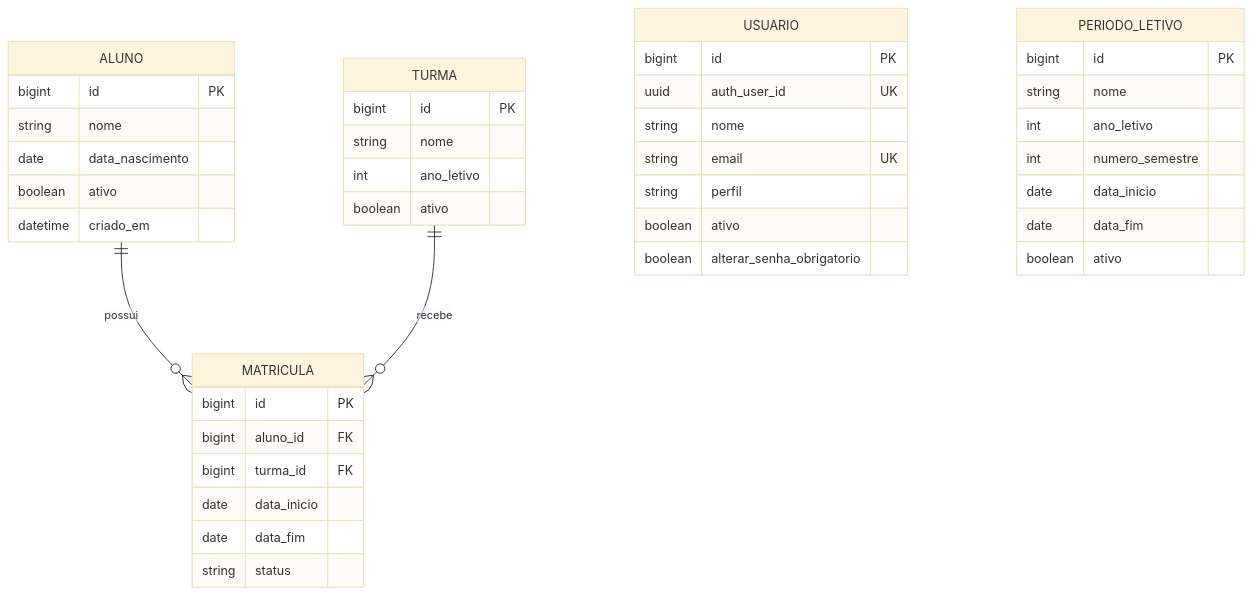
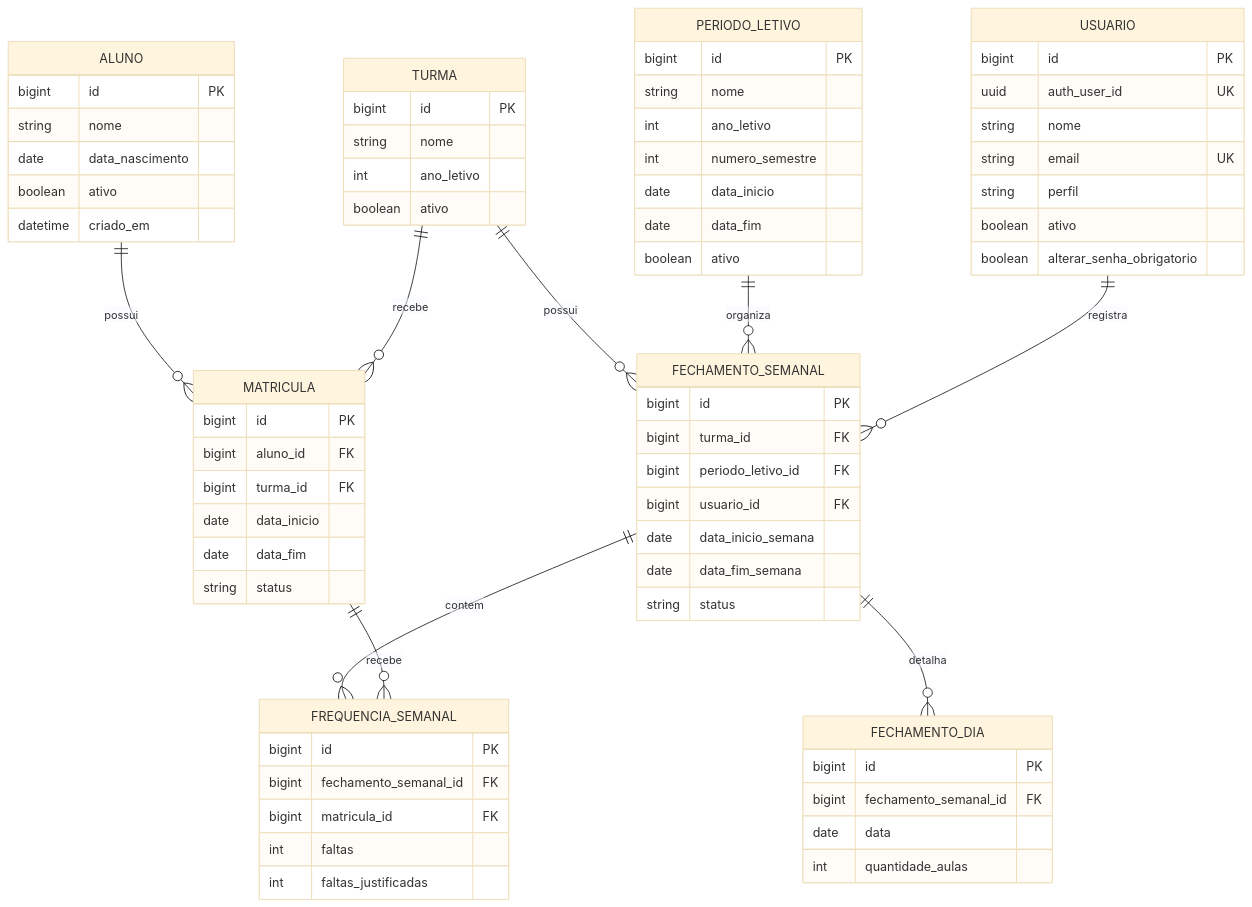
Before and after one commit to ricardoo-azevedo/EduAlerta: the first of 2 diagrams in README.md, drawn with Mermaid (base theme). The commit also changed other lines of this file, not shown here.

````diff
--- a/README.md
+++ b/README.md
@@ -898,49 +993,80 @@
 ```mermaid
 erDiagram
     ALUNO ||--o{ MATRICULA : possui
     TURMA ||--o{ MATRICULA : recebe
+    TURMA ||--o{ FECHAMENTO_SEMANAL : possui
+    PERIODO_LETIVO ||--o{ FECHAMENTO_SEMANAL : organiza
+    USUARIO ||--o{ FECHAMENTO_SEMANAL : registra
+    FECHAMENTO_SEMANAL ||--o{ FECHAMENTO_DIA : detalha
+    FECHAMENTO_SEMANAL ||--o{ FREQUENCIA_SEMANAL : contem
+    MATRICULA ||--o{ FREQUENCIA_SEMANAL : recebe
 
     ALUNO {
         bigint id PK
         string nome
         date data_nascimento
         boolean ativo
         datetime criado_em
     }
 
     TURMA {
         bigint id PK
         string nome
         int ano_letivo
         boolean ativo
     }
 
     MATRICULA {
         bigint id PK
         bigint aluno_id FK
         bigint turma_id FK
         date data_inicio
         date data_fim
         string status
     }
 
+    FECHAMENTO_SEMANAL {
+        bigint id PK
+        bigint turma_id FK
+        bigint periodo_letivo_id FK
+        bigint usuario_id FK
+        date data_inicio_semana
+        date data_fim_semana
+        string status
+    }
+
+    FECHAMENTO_DIA {
+        bigint id PK
+        bigint fechamento_semanal_id FK
+        date data
+        int quantidade_aulas
+    }
+
+    FREQUENCIA_SEMANAL {
+        bigint id PK
+        bigint fechamento_semanal_id FK
+        bigint matricula_id FK
+        int faltas
+        int faltas_justificadas
+    }
+
     USUARIO {
         bigint id PK
         uuid auth_user_id UK
         string nome
         string email UK
         string perfil
         boolean ativo
         boolean alterar_senha_obrigatorio
     }
 
     PERIODO_LETIVO {
         bigint id PK
         string nome
         int ano_letivo
         int numero_semestre
         date data_inicio
         date data_fim
         boolean ativo
     }
 ```
````
